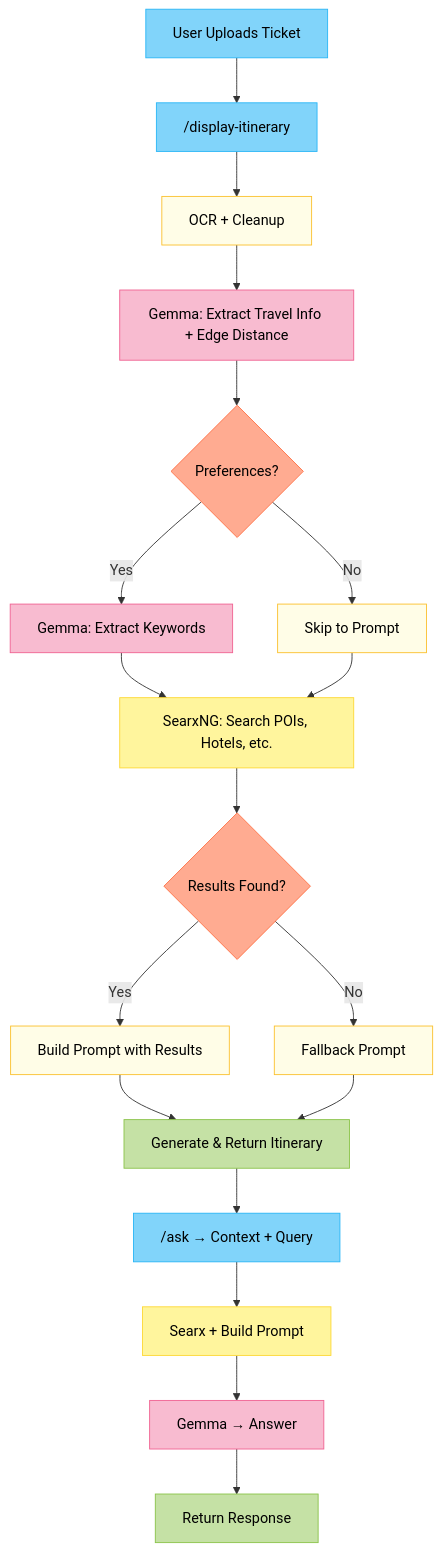
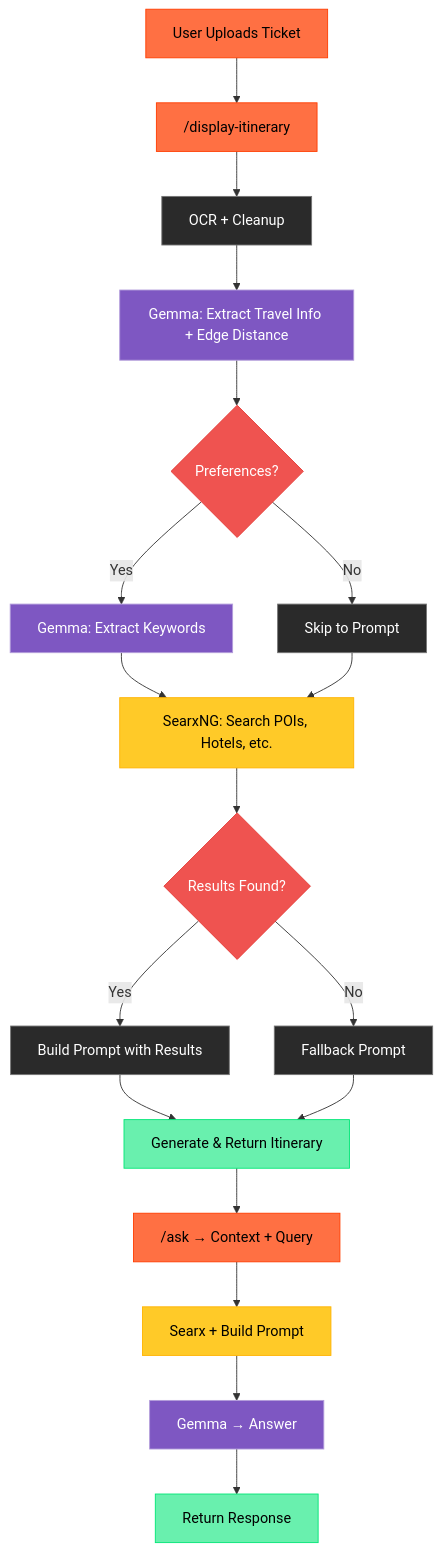
Before and after one commit to HaiderWajahat1/ai-travel-assistant: the diagram in flowchart.mmd, drawn with Mermaid. The commit also changed 3 other files, not shown here.

```diff
--- a/flowchart.mmd
+++ b/flowchart.mmd
@@ -1,48 +1,48 @@
 ---
 config:
   theme: default
   layout: td
 ---
 
 flowchart TD
 
 %% /display-itinerary Flow
 A["User Uploads Ticket"] --> B["/display-itinerary"]
 B --> C["OCR + Cleanup"]
 C --> D["Gemma: Extract Travel Info + Edge Distance"]
 D --> E{"Preferences?"}
 
 E -- No --> F["Skip to Prompt"]
 E -- Yes --> G["Gemma: Extract Keywords"]
 G --> H["SearxNG: Search POIs, Hotels, etc."]
 F --> H
 
 H --> I{"Results Found?"}
 I -- Yes --> J["Build Prompt with Results"]
 I -- No --> K["Fallback Prompt"]
 J --> L["Generate & Return Itinerary"]
 K --> L
 
 %% /ask Flow (Compact)
 L --> M["/ask → Context + Query"]
 M --> N["Searx + Build Prompt"]
 N --> O["Gemma → Answer"]
 O --> P["Return Response"]
 
 %% 🎨 Class Definitions
-classDef input fill:#81d4fa,stroke:#29b6f6,color:#000;
-classDef process fill:#fffde7,stroke:#fbc02d,color:#000;
-classDef llm fill:#f8bbd0,stroke:#f06292,color:#000;
-classDef external fill:#fff59d,stroke:#fdd835,color:#000;
-classDef decision fill:#ffab91,stroke:#ff7043,color:#000;
-classDef output fill:#c5e1a5,stroke:#8bc34a,color:#000;
+classDef input fill:#FF7043,stroke:#FF3D00,color:#000;
+classDef process fill:#2A2A2A,stroke:#757575,color:#ffffff;
+classDef llm fill:#7E57C2,stroke:#B39DDB,color:#fff;
+classDef external fill:#FFCA28,stroke:#FFB300,color:#000;
+classDef decision fill:#EF5350,stroke:#E53935,color:#fff;
+classDef output fill:#69F0AE,stroke:#00E676,color:#000;
 
 
 
 %% 🏷️ Assign Classes
 class A,B,M input
 class C,F,J,K process
 class D,G,O llm
 class H,N external
 class E,I decision
 class L,P output
```
